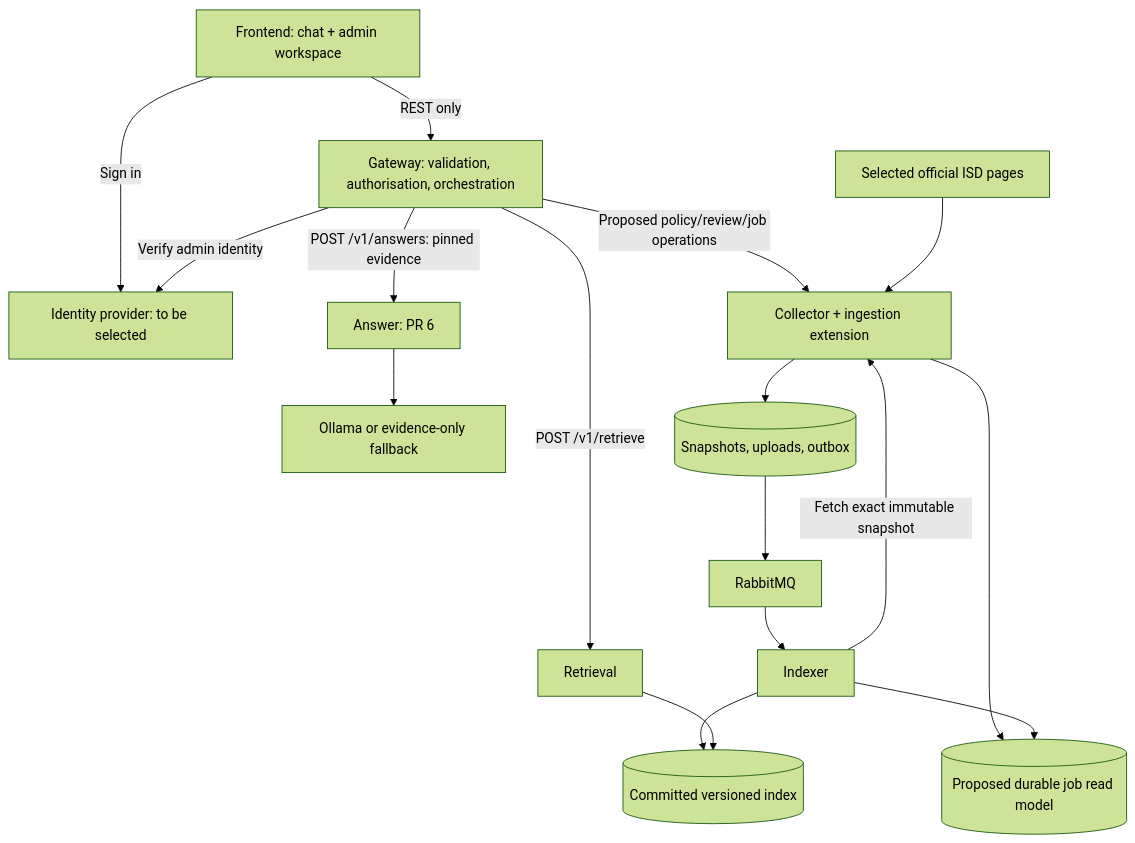
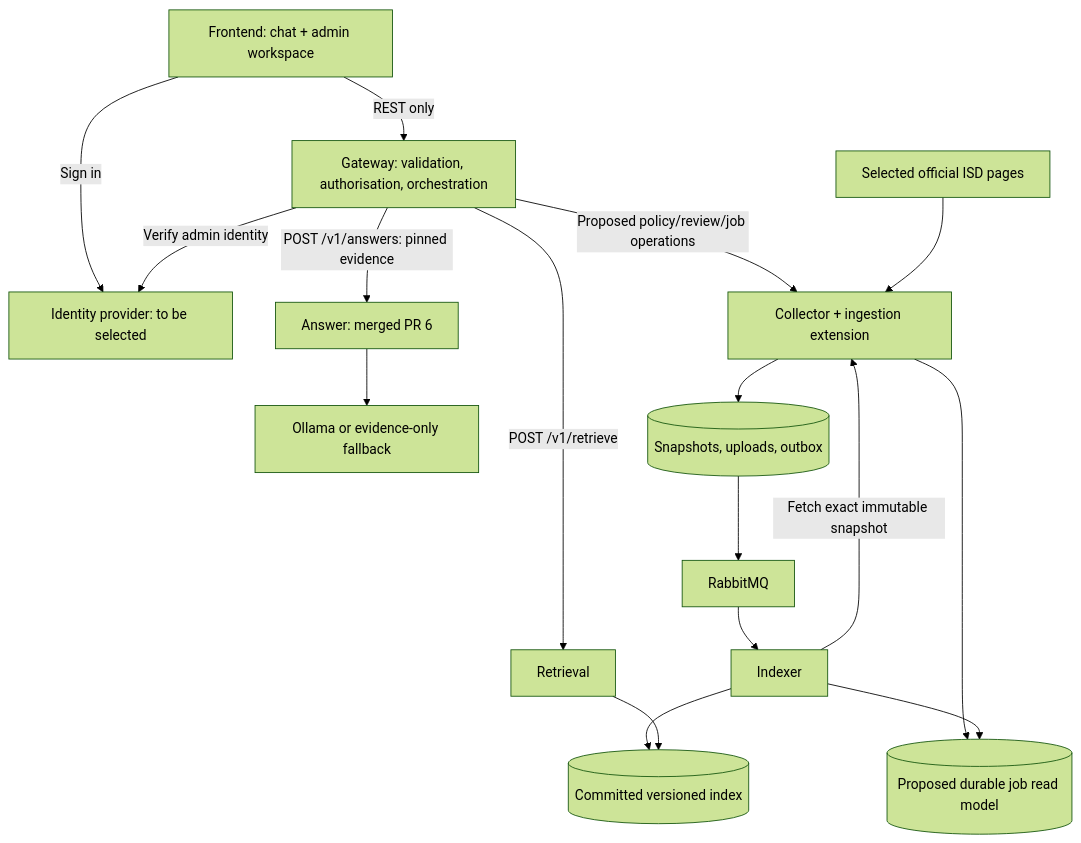
The diagram in docs/frontend-gateway-integration.md (chukwuemekanwoke-jpg/comp41720-ai-design-critique), drawn with Mermaid (forest theme) before and after one commit. The commit also changed other lines of this file and 16 other files, not shown here.

````diff
--- a/docs/frontend-gateway-integration.md
+++ b/docs/frontend-gateway-integration.md
@@ -8,19 +8,19 @@
 ```mermaid
 flowchart TB
   UI[Frontend: chat + admin workspace] -->|REST only| G[Gateway: validation, authorisation, orchestration]
   UI -->|Sign in| ID[Identity provider: to be selected]
   G -->|Verify admin identity| ID
   G -->|POST /v1/retrieve| R[Retrieval]
-  G -->|POST /v1/answers: pinned evidence| A[Answer: PR 6]
+  G -->|POST /v1/answers: pinned evidence| A[Answer: merged PR 6]
   A --> M[Ollama or evidence-only fallback]
   G -->|Proposed policy/review/job operations| C[Collector + ingestion extension]
   S[Selected official ISD pages] --> C
   C --> DB[(Snapshots, uploads, outbox)]
   DB --> Q[RabbitMQ]
   Q --> I[Indexer]
   I -->|Fetch exact immutable snapshot| C
   I --> V[(Committed versioned index)]
   R --> V
   C --> J[(Proposed durable job read model)]
   I --> J
 ```
````
